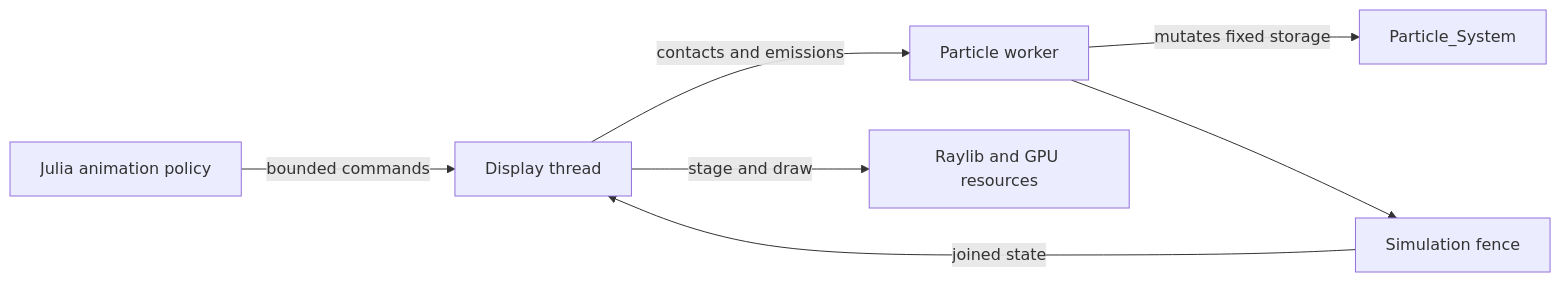
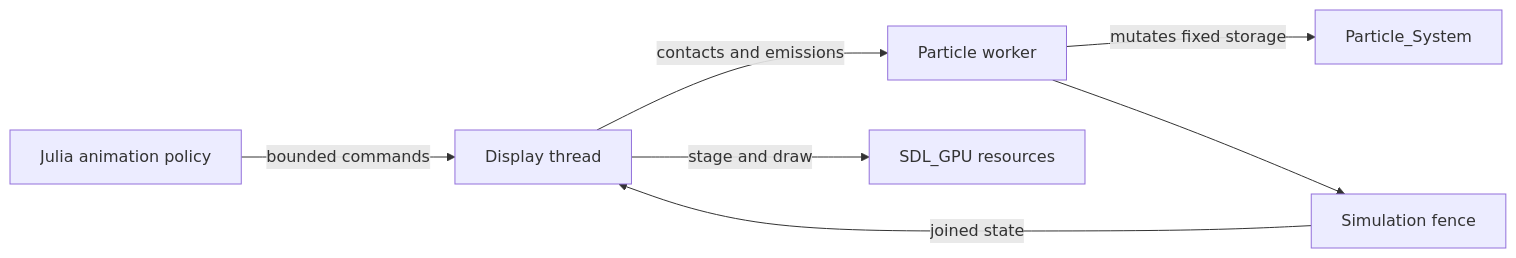
Before and after one commit to derekshoneycutt/Euclid: the first of 5 diagrams in docs/wiki/Guides/ParticleSystem.md, drawn with Mermaid. The commit also changed other lines of this file and 24 other files, not shown here.

````diff
--- a/docs/wiki/Guides/ParticleSystem.md
+++ b/docs/wiki/Guides/ParticleSystem.md
@@ -17,9 +17,9 @@
 ```mermaid
 flowchart LR
     Julia[Julia animation policy] -->|bounded commands| Display[Display thread]
     Display -->|contacts and emissions| Worker[Particle worker]
     Worker -->|mutates fixed storage| System[Particle_System]
     Worker --> Fence[Simulation fence]
     Fence -->|joined state| Display
-    Display -->|stage and draw| GPU[Raylib and GPU resources]
+    Display -->|stage and draw| GPU[SDL_GPU resources]
 ```
````
